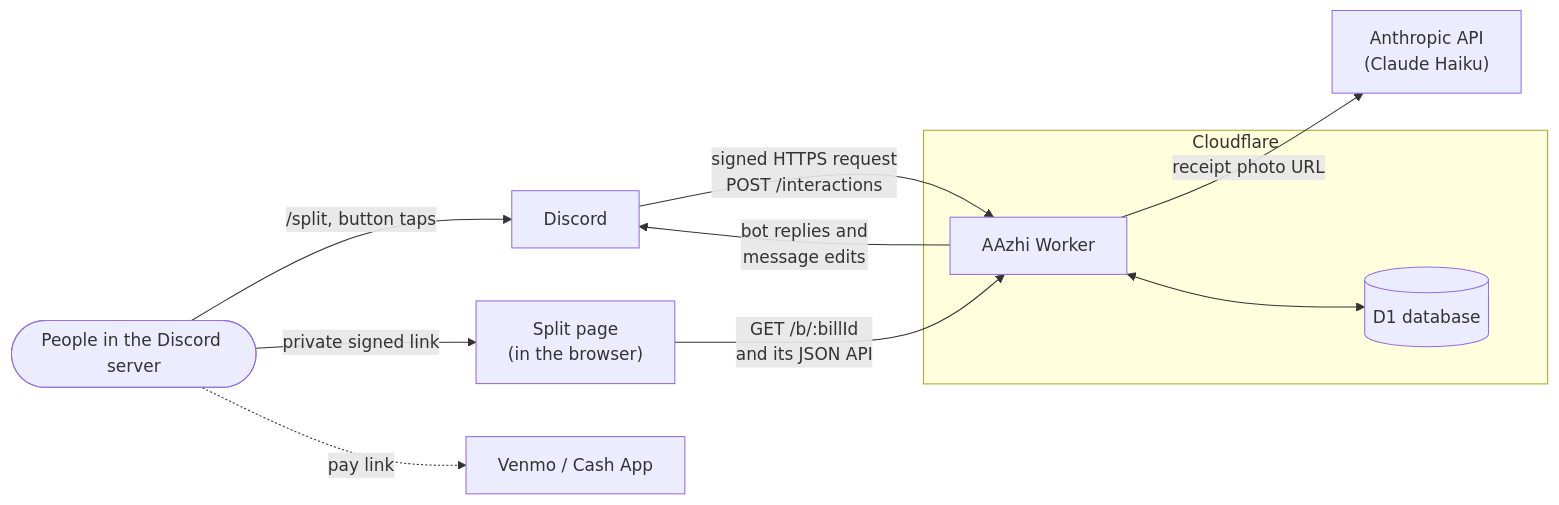
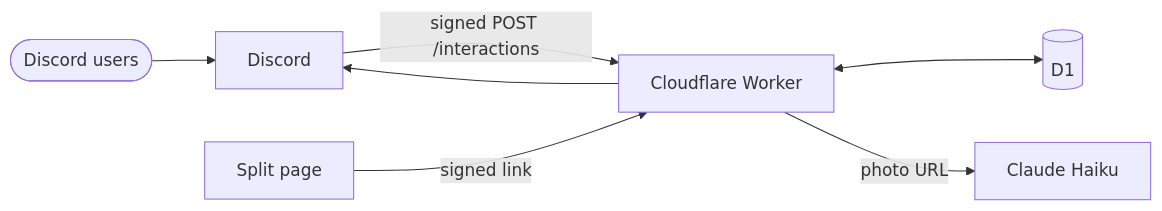
Before and after one commit to gavinlin24/aazhi: the diagram in README.md, drawn with Mermaid. The commit also changed other lines of this file and 2 other files, not shown here.

First line of the commit message:
docs: cut the readme and architecture doc down to size

````diff
--- a/README.md
+++ b/README.md
@@ -70,21 +19,9 @@
 ```mermaid
 flowchart LR
-  people(["People in the Discord server"])
-  discord["Discord"]
-  browser["Split page<br/>(in the browser)"]
-  subgraph cf["Cloudflare"]
-    worker["AAzhi Worker"]
-    d1[("D1 database")]
-  end
-  claude["Anthropic API<br/>(Claude Haiku)"]
-  payapps["Venmo / Cash App"]
-
-  people -- "/split, button taps" --> discord
-  discord -- "signed HTTPS request<br/>POST /interactions" --> worker
-  worker -- "bot replies and<br/>message edits" --> discord
-  worker -- "receipt photo URL" --> claude
-  worker <--> d1
-  people -- "private signed link" --> browser
-  browser -- "GET /b/:billId<br/>and its JSON API" --> worker
-  people -. "pay link" .-> payapps
+  people(["Discord users"]) --> discord["Discord"]
+  discord -- "signed POST /interactions" --> worker["Cloudflare Worker"]
+  worker --> discord
+  worker <--> d1[("D1")]
+  worker -- "photo URL" --> claude["Claude Haiku"]
+  browser["Split page"] -- "signed link" --> worker
 ```
````
